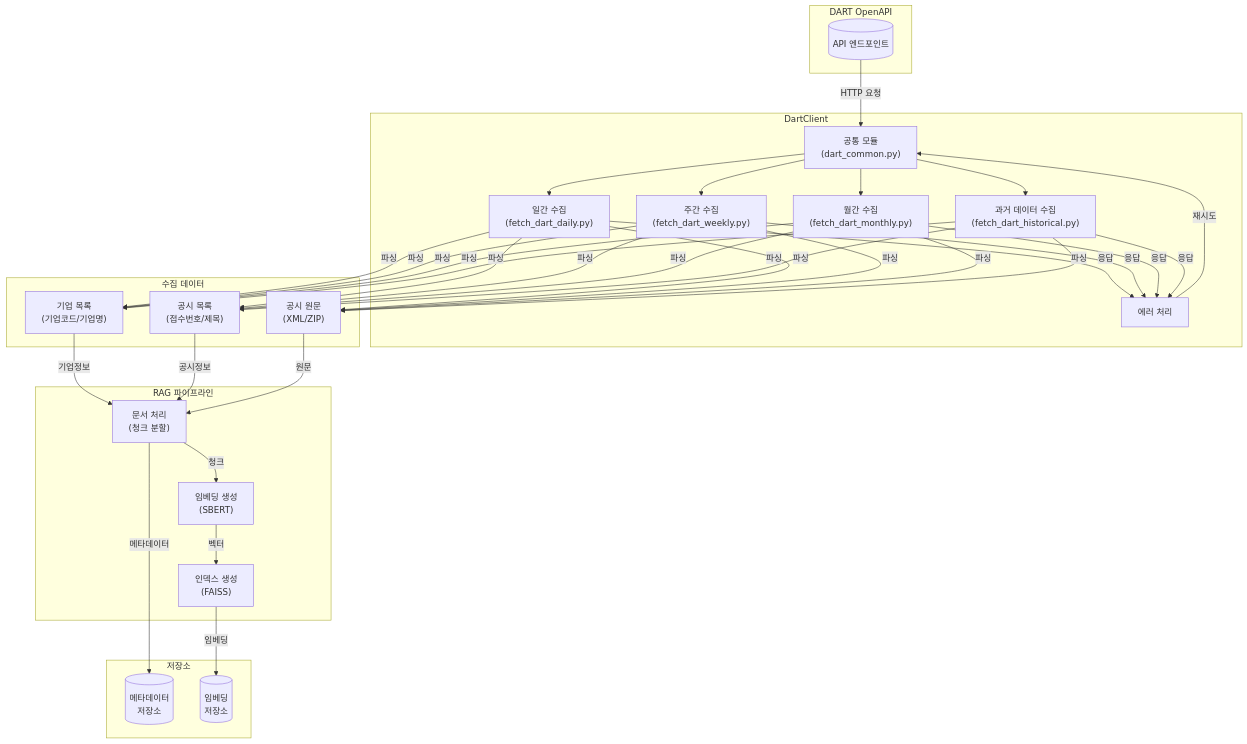
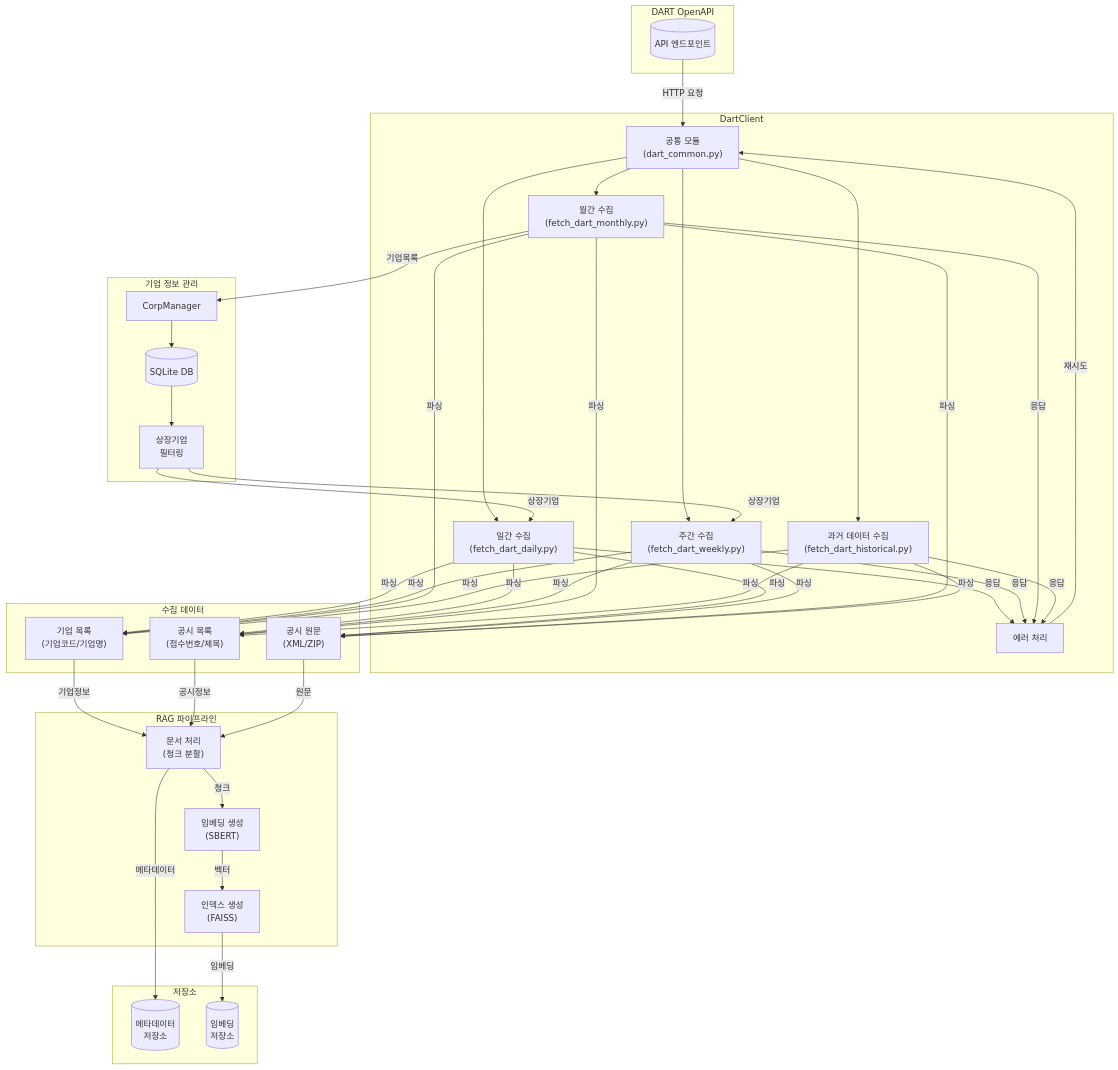
The diagram in docs/data-collection/DART-PIPELINE.md (coding-911/JoopJoopBot), drawn with Mermaid before and after one commit. The commit also changed other lines of this file and 1 other file, not shown here.

````diff
--- a/docs/data-collection/DART-PIPELINE.md
+++ b/docs/data-collection/DART-PIPELINE.md
@@ -9,69 +9,81 @@
 ```mermaid
 graph TB
     subgraph DART["DART OpenAPI"]
         API[("API 엔드포인트")]
     end
 
     subgraph Client["DartClient"]
         Common["공통 모듈<br/>(dart_common.py)"]
         Daily["일간 수집<br/>(fetch_dart_daily.py)"]
         Weekly["주간 수집<br/>(fetch_dart_weekly.py)"]
         Monthly["월간 수집<br/>(fetch_dart_monthly.py)"]
         Historical["과거 데이터 수집<br/>(fetch_dart_historical.py)"]
         Error["에러 처리"]
+    end
+
+    subgraph CorpDB["기업 정보 관리"]
+        Manager["CorpManager"]
+        SQLite[("SQLite DB")]
+        Listed["상장기업<br/>필터링"]
     end
 
     subgraph Data["수집 데이터"]
         Corps["기업 목록<br/>(기업코드/기업명)"]
         Discs["공시 목록<br/>(접수번호/제목)"]
         Docs["공시 원문<br/>(XML/ZIP)"]
     end
 
     subgraph Pipeline["RAG 파이프라인"]
         Process["문서 처리<br/>(청크 분할)"]
         Embed["임베딩 생성<br/>(SBERT)"]
         Index["인덱스 생성<br/>(FAISS)"]
     end
 
     subgraph Storage["저장소"]
         Meta[("메타데이터<br/>저장소")]
         Vector[("임베딩<br/>저장소")]
     end
 
     API --> |"HTTP 요청"| Common
     Common --> Daily
     Common --> Weekly
     Common --> Monthly
     Common --> Historical
     
     Daily --> |"응답"| Error
     Weekly --> |"응답"| Error
     Monthly --> |"응답"| Error
     Historical --> |"응답"| Error
     Error --> |"재시도"| Common
     
+    Monthly --> |"기업목록"| Manager
+    Manager --> SQLite
+    SQLite --> Listed
+    Listed --> |"상장기업"| Daily
+    Listed --> |"상장기업"| Weekly
+    
     Daily --> |"파싱"| Corps
     Weekly --> |"파싱"| Corps
     Monthly --> |"파싱"| Corps
     Historical --> |"파싱"| Corps
     
     Daily --> |"파싱"| Discs
     Weekly --> |"파싱"| Discs
     Monthly --> |"파싱"| Discs
     Historical --> |"파싱"| Discs
     
     Daily --> |"파싱"| Docs
     Weekly --> |"파싱"| Docs
     Monthly --> |"파싱"| Docs
     Historical --> |"파싱"| Docs
     
     Corps --> |"기업정보"| Process
     Discs --> |"공시정보"| Process
     Docs --> |"원문"| Process
     
     Process --> |"청크"| Embed
     Embed --> |"벡터"| Index
     
     Process --> |"메타데이터"| Meta
     Index --> |"임베딩"| Vector
 ```
````
